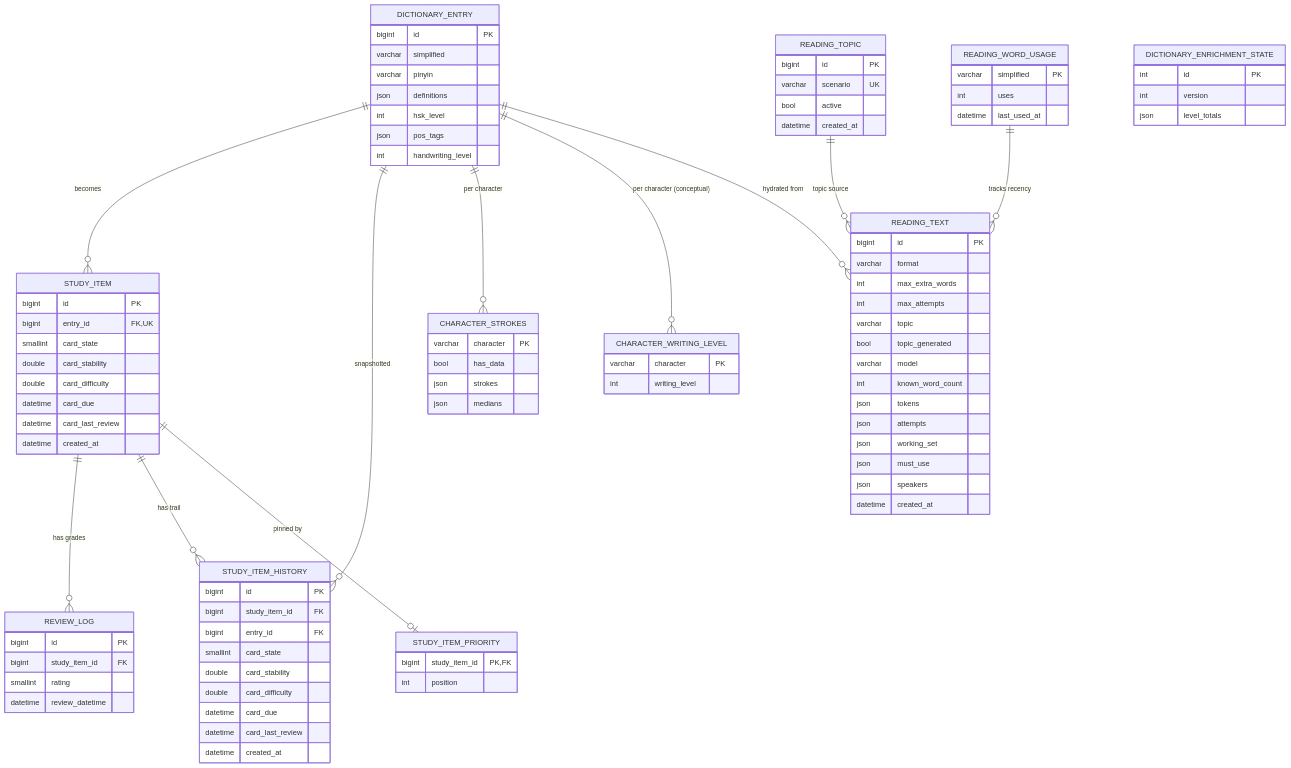
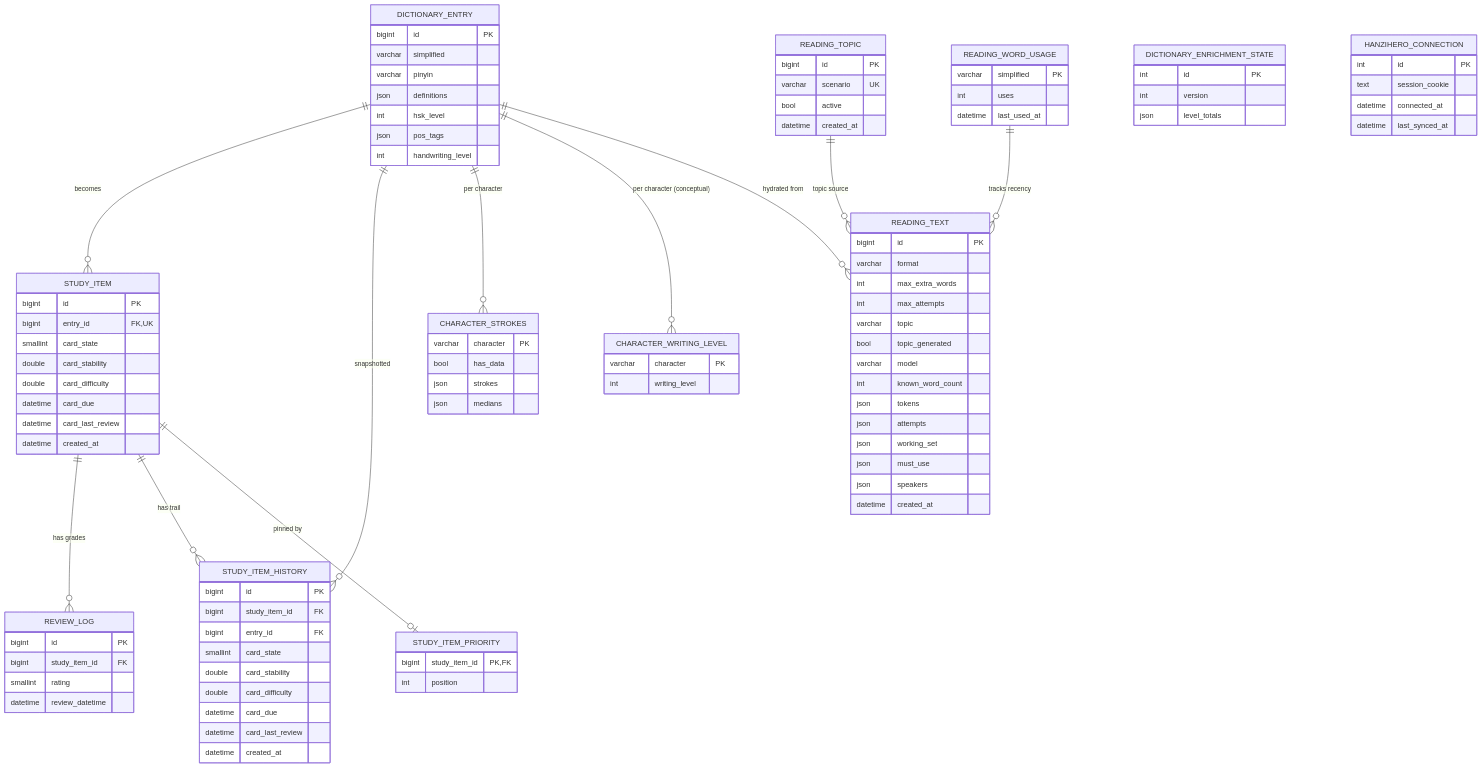
The first of 2 diagrams in docs/03-data-model.md (luiznaac/shougong), drawn with Mermaid before and after one commit. The commit also changed other lines of this file and 29 other files, not shown here.

````diff
--- a/docs/03-data-model.md
+++ b/docs/03-data-model.md
@@ -97,4 +97,10 @@
         int uses
         datetime last_used_at
     }
+    HANZIHERO_CONNECTION {
+        int id PK
+        text session_cookie
+        datetime connected_at
+        datetime last_synced_at
+    }
 ```
````
